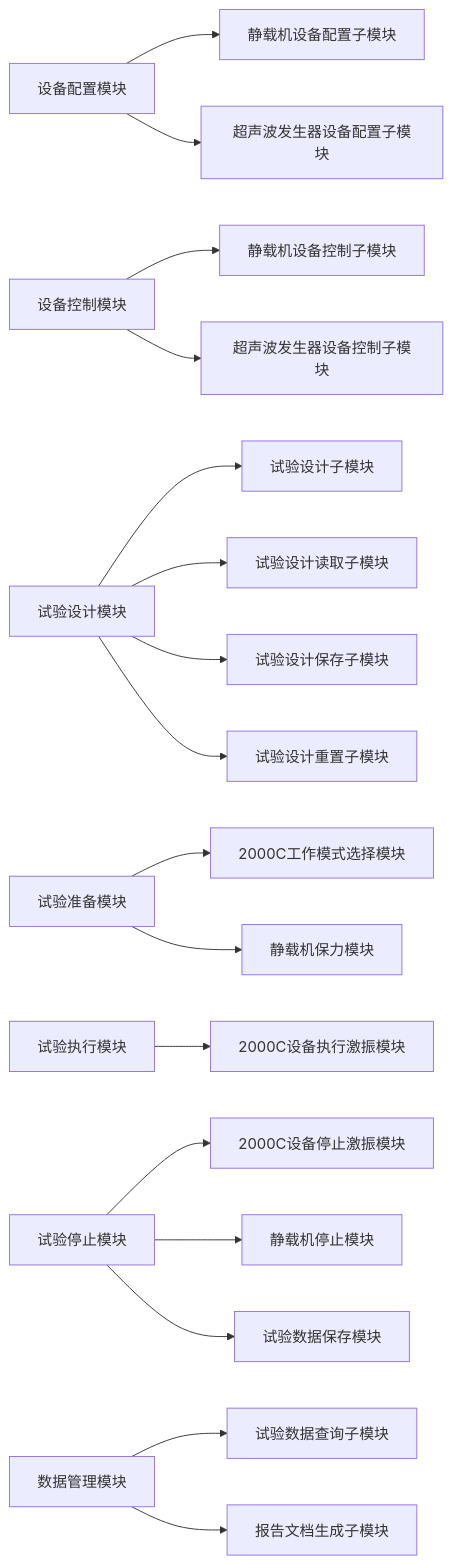
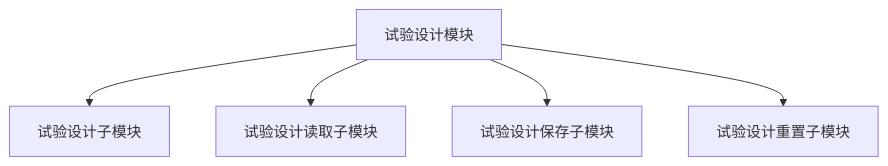
The third of 11 diagrams in README.md (hhool/anxi_doc), drawn with Mermaid before and after one commit. The commit also changed other lines of this file and 1 other file, not shown here.

````diff
--- a/README.md
+++ b/README.md
@@ -47,19 +69,7 @@
 ```mermaid
-graph LR
-    设备配置模块 --> 静载机设备配置子模块
-    设备配置模块 --> 超声波发生器设备配置子模块
-    设备控制模块 --> 静载机设备控制子模块
-    设备控制模块 --> 超声波发生器设备控制子模块
+graph TD
     试验设计模块 --> 试验设计子模块
     试验设计模块 --> 试验设计读取子模块
     试验设计模块 --> 试验设计保存子模块
     试验设计模块 --> 试验设计重置子模块
-    试验准备模块 --> 2000C工作模式选择模块
-    试验准备模块 --> 静载机保力模块
-    试验执行模块 --> 2000C设备执行激振模块
-    试验停止模块 --> 2000C设备停止激振模块
-    试验停止模块 --> 静载机停止模块
-    试验停止模块 --> 试验数据保存模块
-    数据管理模块 --> 试验数据查询子模块
-    数据管理模块 --> 报告文档生成子模块
 ```
````
